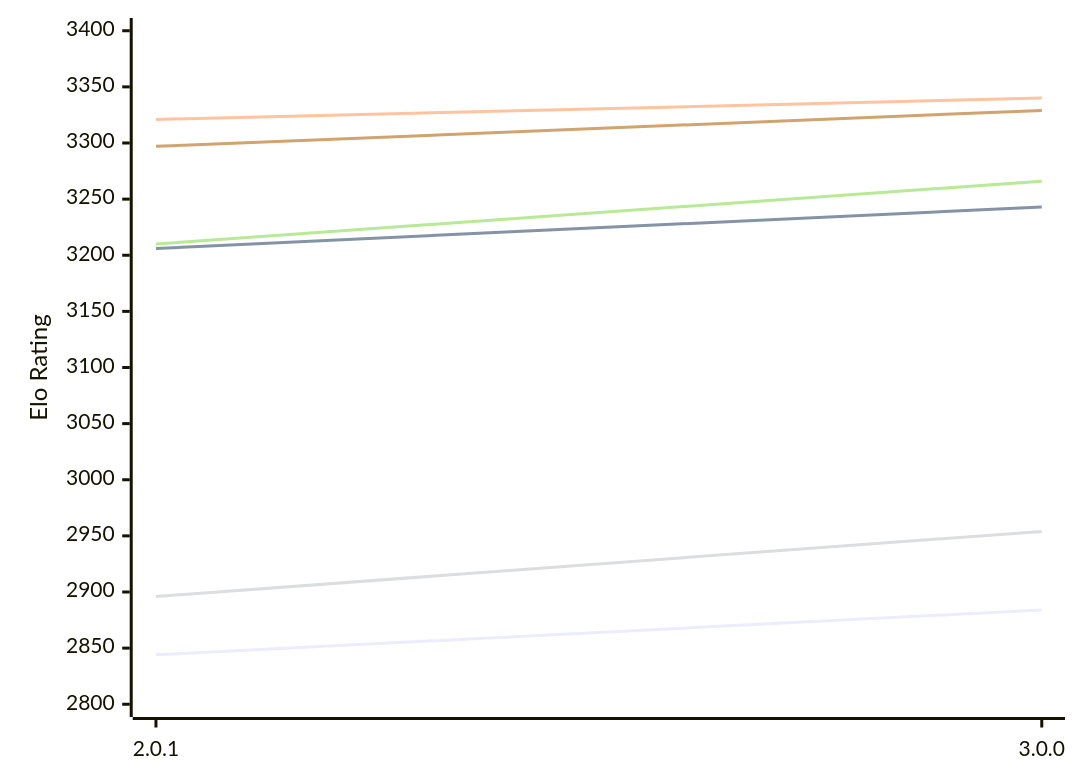
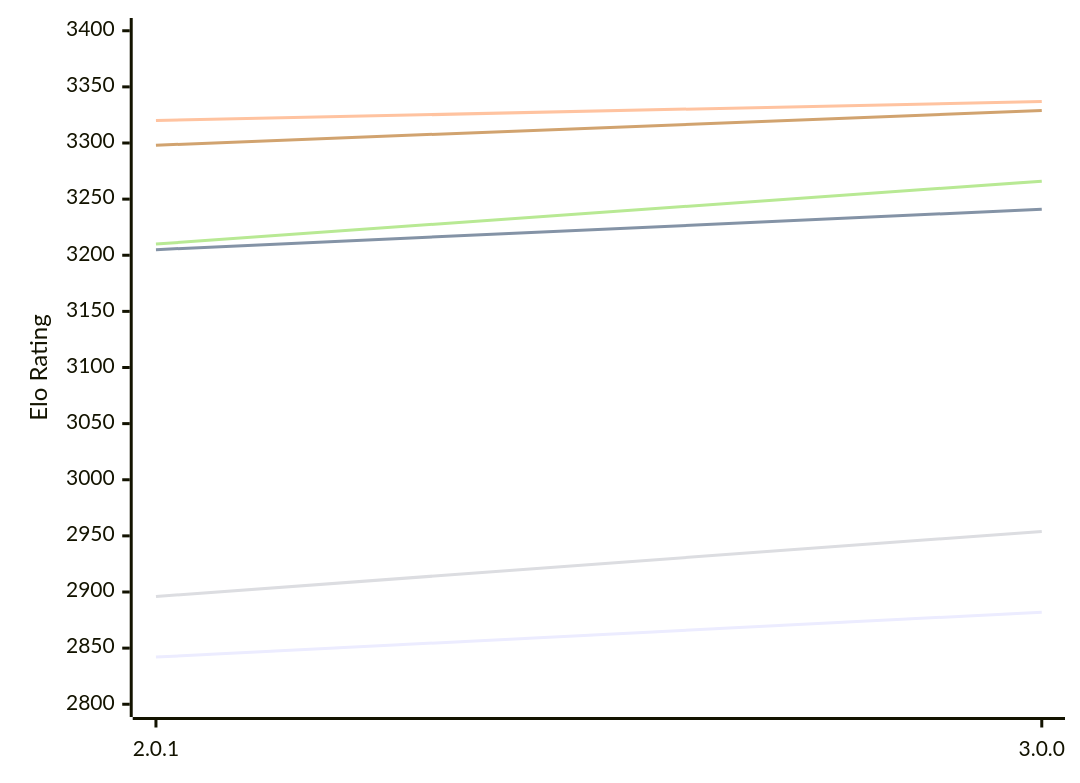
One commit to computer-chess-index/cci changed the first of 2 diagrams in engines/Grail.md. Above: the diagram before and after it, drawn with Mermaid. The commit also changed other lines of this file, not shown here.

Commit message:
Update CCI Ratings (ELO VLTC) - 2026-11-28

````diff
--- a/engines/Grail.md
+++ b/engines/Grail.md
@@ -56,12 +56,12 @@
 ```mermaid
 %%{init: {"theme":"base","themeVariables":{"seriesColors:['#a3a3a3','#222221','#faa371']}}}%%
 xychart-beta
   x-axis ["2.0.1", "3.0.0"]
   y-axis "Elo Rating" 2800 --> 3400
-  line "E1: STC (8.0+0.08s)" [2844, 2884]
-  line "E1: LTC (60.0+0.60s)" [3206, 3243]
-  line "E1: VLTC (2m24s+1.12s)" [3321, 3340]
+  line "E1: STC (8.0+0.08s)" [2842, 2882]
+  line "E1: LTC (60.0+0.60s)" [3205, 3241]
+  line "E1: VLTC (2m24s+1.12s)" [3320, 3337]
   line "P1: STC (8.0+0.08s)" [2896, 2954]
   line "P1: LTC (60.0+0.60s)" [3210, 3266]
-  line "P1: VLTC (2m24s+1.12s)" [3297, 3329]
+  line "P1: VLTC (2m24s+1.12s)" [3298, 3329]
 ```
````
